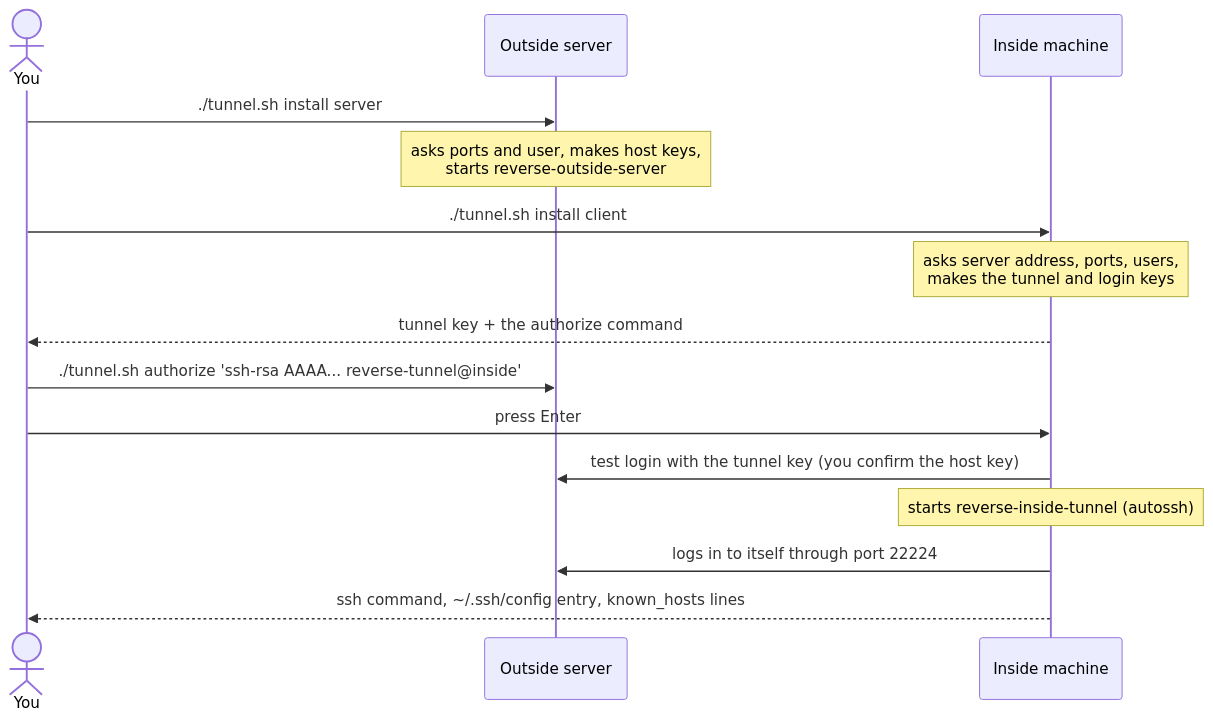
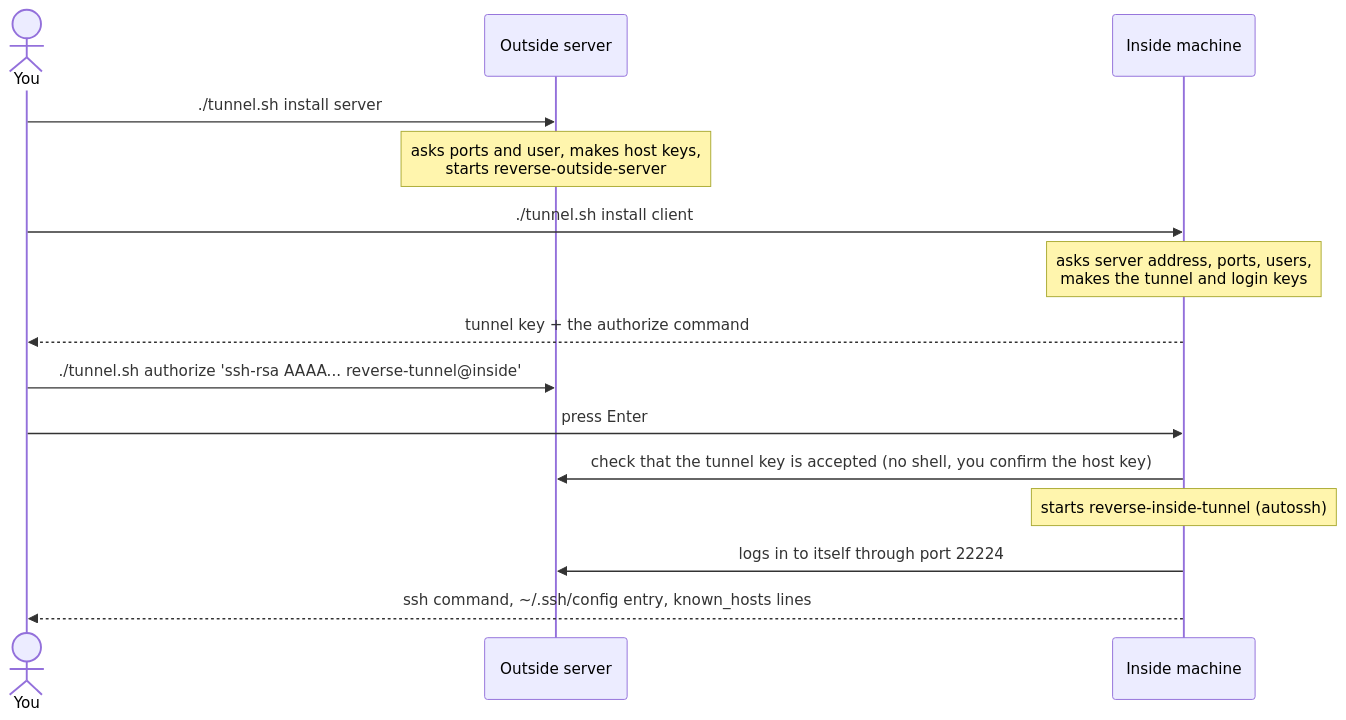
The second of 2 diagrams in README.md (NatLee/ssh-reverse-tunnel-using-docker), drawn with Mermaid before and after one commit. The commit also changed other lines of this file, not shown here.

First line of the commit message:
docs: describe the tunnel-only keys and how old setups upgrade

````diff
--- a/README.md
+++ b/README.md
@@ -94,17 +94,17 @@
 ```mermaid
 sequenceDiagram
     actor You
     participant S as Outside server
     participant I as Inside machine
     You->>S: ./tunnel.sh install server
     Note over S: asks ports and user, makes host keys,<br/>starts reverse-outside-server
     You->>I: ./tunnel.sh install client
     Note over I: asks server address, ports, users,<br/>makes the tunnel and login keys
     I-->>You: tunnel key + the authorize command
     You->>S: ./tunnel.sh authorize 'ssh-rsa AAAA... reverse-tunnel@inside'
     You->>I: press Enter
-    I->>S: test login with the tunnel key (you confirm the host key)
+    I->>S: check that the tunnel key is accepted (no shell, you confirm the host key)
     Note over I: starts reverse-inside-tunnel (autossh)
     I->>S: logs in to itself through port 22224
     I-->>You: ssh command, ~/.ssh/config entry, known_hosts lines
 ```
````
